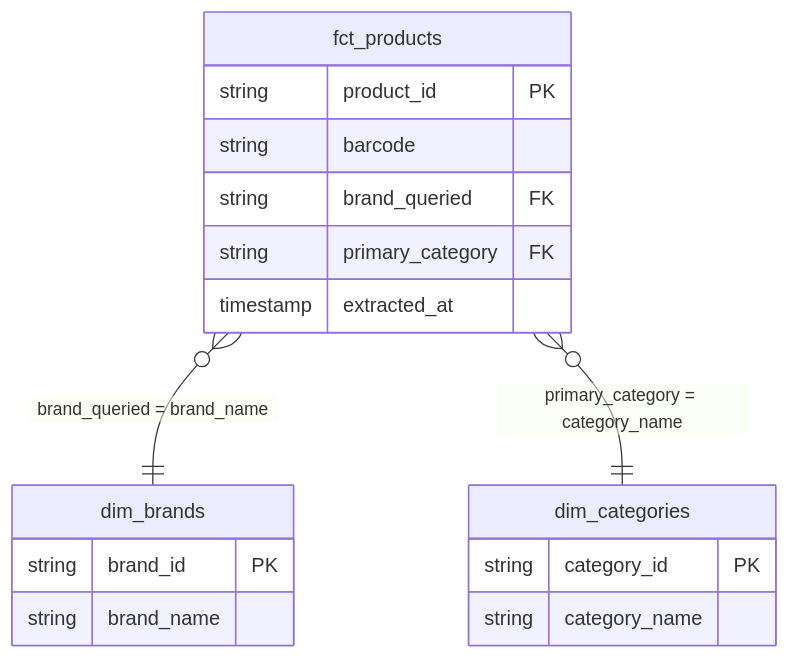
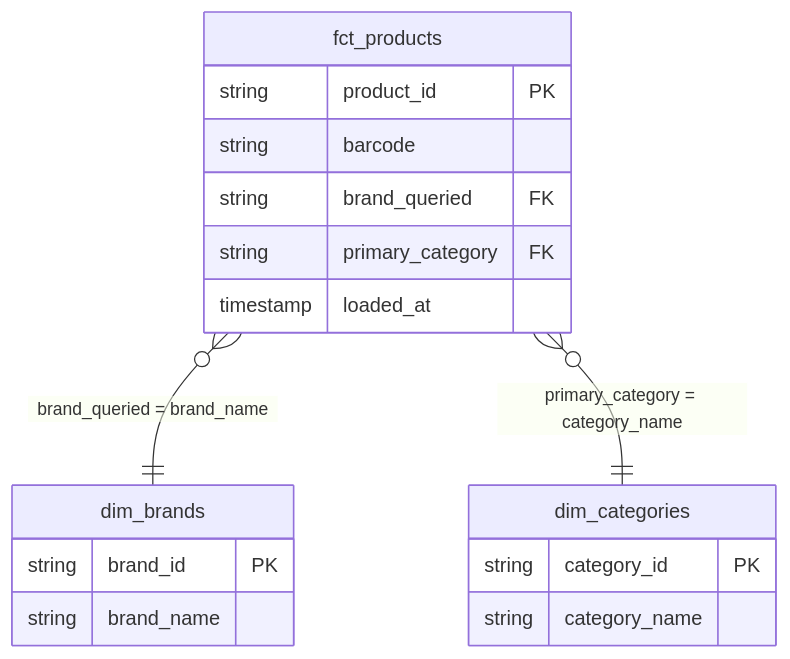
One commit to clkandrade-star/cpg-analytics-zuru changed the third of 3 diagrams in README.md. Above: the diagram before and after it, drawn with Mermaid. The commit also changed other lines of this file and 11 other files, not shown here.

````diff
--- a/README.md
+++ b/README.md
@@ -31,21 +43,21 @@
 ```mermaid
 erDiagram
     fct_products {
         string product_id PK
         string barcode
         string brand_queried FK
         string primary_category FK
-        timestamp extracted_at
+        timestamp loaded_at
     }
     dim_brands {
         string brand_id PK
         string brand_name
     }
     dim_categories {
         string category_id PK
         string category_name
     }
 
     fct_products }o--|| dim_brands : "brand_queried = brand_name"
     fct_products }o--|| dim_categories : "primary_category = category_name"
 ```
````
